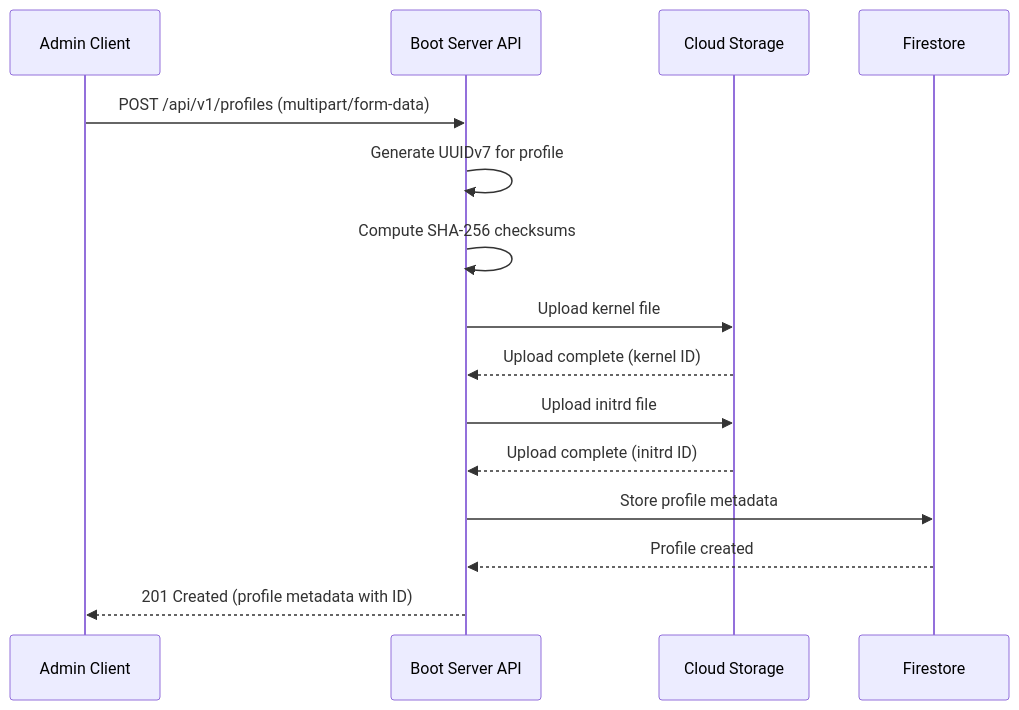
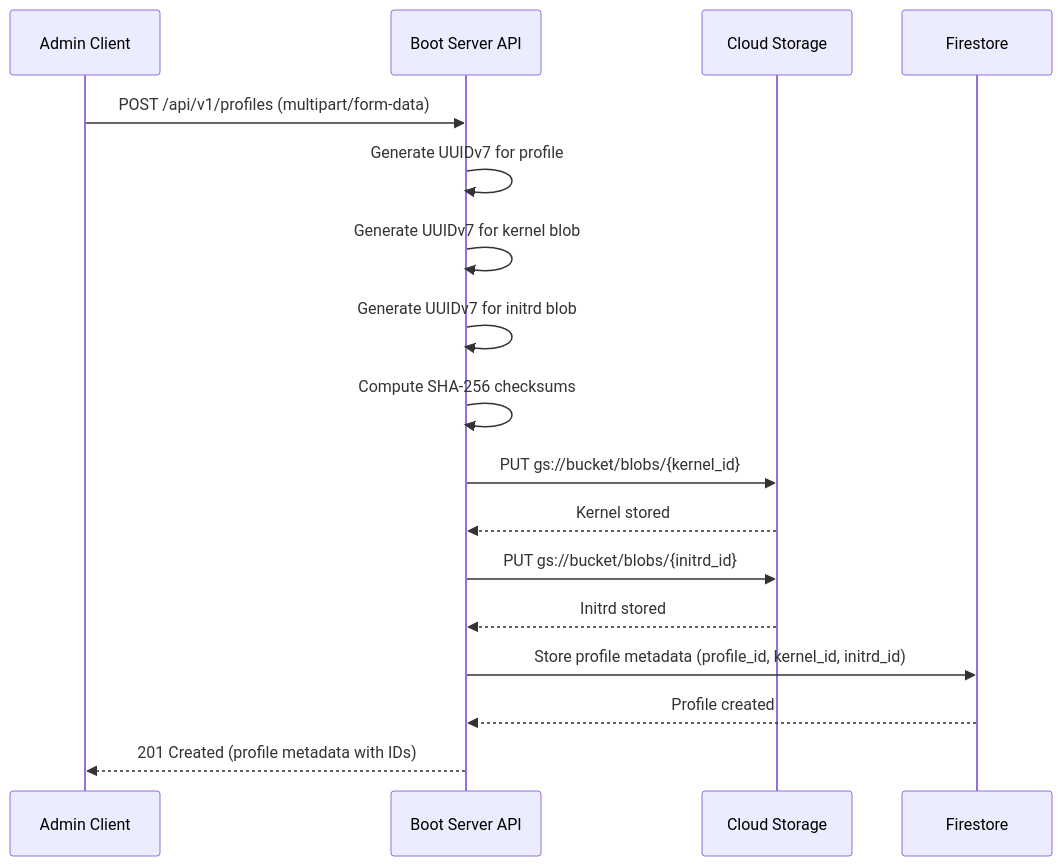
Before and after one commit to Zaba505/infra: the first of 12 diagrams in docs/content/r&d/services/boot/admin-api.md, drawn with Mermaid. The commit also changed other lines of this file, not shown here.

Commit message:
docs(issue-605): clarify blob storage

````diff
--- a/docs/content/r&d/services/boot/admin-api.md
+++ b/docs/content/r&d/services/boot/admin-api.md
@@ -20,18 +41,20 @@
 ```mermaid
 sequenceDiagram
     participant Client as Admin Client
     participant API as Boot Server API
     participant Storage as Cloud Storage
     participant DB as Firestore
     
     Client->>API: POST /api/v1/profiles (multipart/form-data)
     API->>API: Generate UUIDv7 for profile
+    API->>API: Generate UUIDv7 for kernel blob
+    API->>API: Generate UUIDv7 for initrd blob
     API->>API: Compute SHA-256 checksums
-    API->>Storage: Upload kernel file
-    Storage-->>API: Upload complete (kernel ID)
-    API->>Storage: Upload initrd file
-    Storage-->>API: Upload complete (initrd ID)
-    API->>DB: Store profile metadata
+    API->>Storage: PUT gs://bucket/blobs/{kernel_id}
+    Storage-->>API: Kernel stored
+    API->>Storage: PUT gs://bucket/blobs/{initrd_id}
+    Storage-->>API: Initrd stored
+    API->>DB: Store profile metadata (profile_id, kernel_id, initrd_id)
     DB-->>API: Profile created
-    API-->>Client: 201 Created (profile metadata with ID)
+    API-->>Client: 201 Created (profile metadata with IDs)
 ```
````
